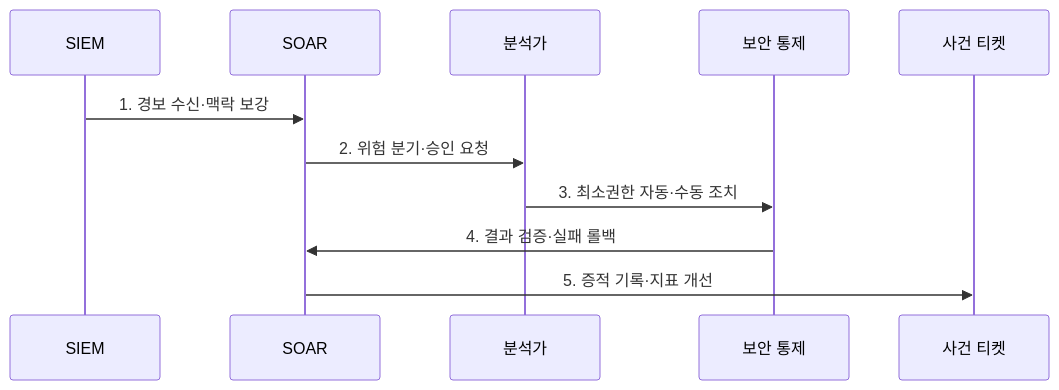
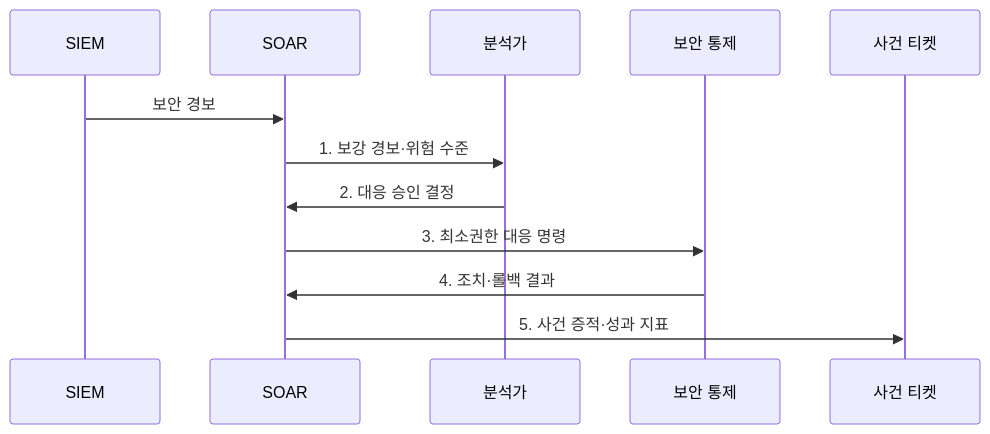
The second of 2 diagrams in src/content/docs/notes/05-security/121_security_orchestration_playbook.md (agnusdei1207/knowledge-base), drawn with Mermaid before and after one commit. The commit also changed other lines of this file and 20 other files, not shown here.

````diff
--- a/src/content/docs/notes/05-security/121_security_orchestration_playbook.md
+++ b/src/content/docs/notes/05-security/121_security_orchestration_playbook.md
@@ -78,13 +78,14 @@
 ```mermaid
 sequenceDiagram
   participant S as SIEM
   participant O as SOAR
   participant A as 분석가
   participant C as 보안 통제
   participant T as 사건 티켓
-  S->>O: 1. 경보 수신·맥락 보강
-  O->>A: 2. 위험 분기·승인 요청
-  A->>C: 3. 최소권한 자동·수동 조치
-  C->>O: 4. 결과 검증·실패 롤백
-  O->>T: 5. 증적 기록·지표 개선
+  S->>O: 보안 경보
+  O->>A: 1. 보강 경보·위험 수준
+  A->>O: 2. 대응 승인 결정
+  O->>C: 3. 최소권한 대응 명령
+  C->>O: 4. 조치·롤백 결과
+  O->>T: 5. 사건 증적·성과 지표
 ```
````
